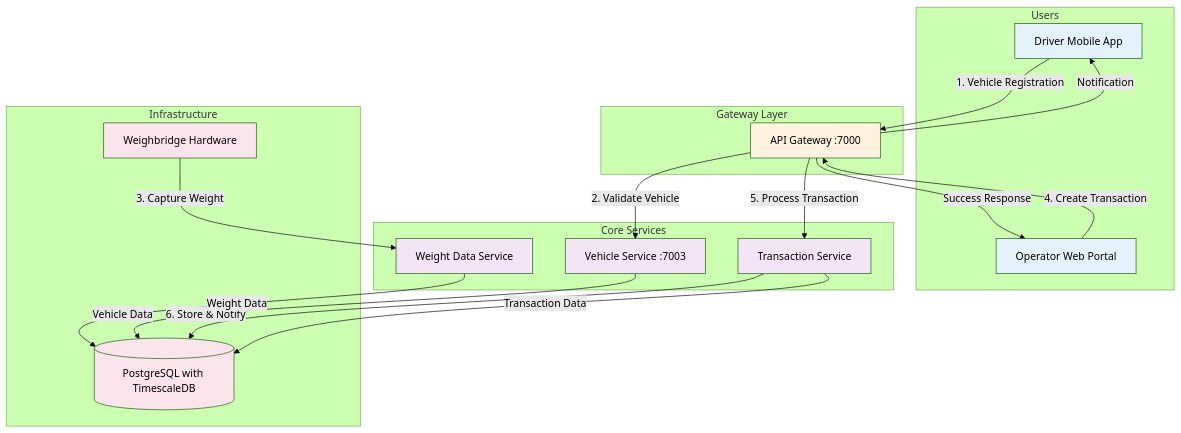
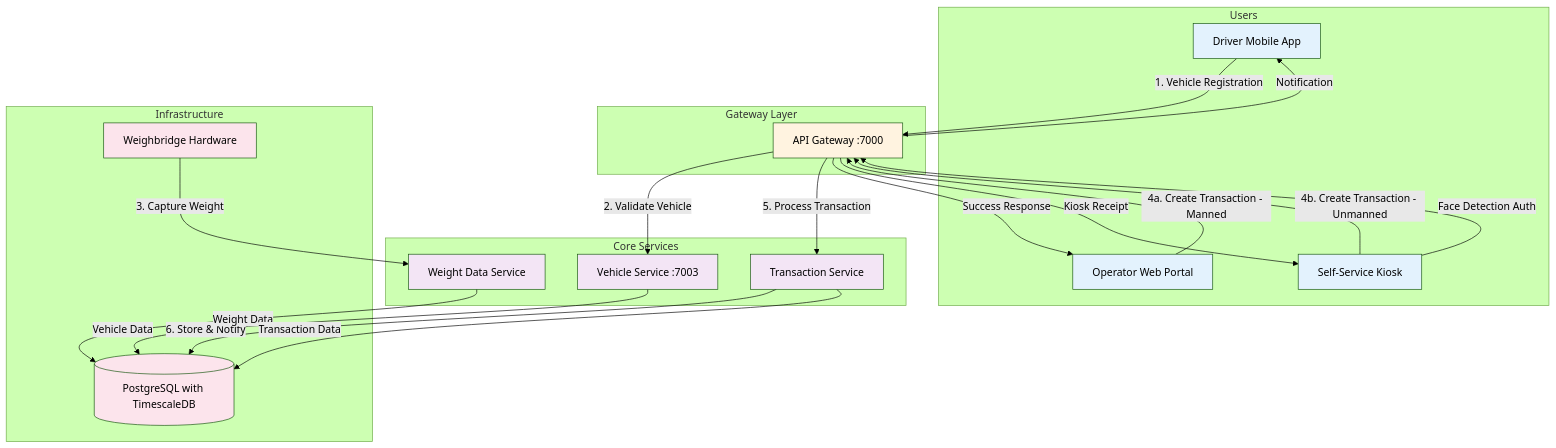
The diagram in docs/c4/complete-weighing-transaction-flow.mmd (Qalitrack/qalitrackservices), drawn with Mermaid (forest theme) before and after one commit. The commit also changed 2 other files, not shown here.

```diff
--- a/docs/c4/complete-weighing-transaction-flow.mmd
+++ b/docs/c4/complete-weighing-transaction-flow.mmd
@@ -1,47 +1,57 @@
 flowchart TD
     subgraph "Users"
         Driver[Driver Mobile App]
         Operator[Operator Web Portal]
+        Kiosk[Self-Service Kiosk]
     end
     
     subgraph "Gateway Layer"
         Gateway[API Gateway :7000]
     end
     
     subgraph "Core Services"
         VehicleSvc[Vehicle Service :7003]
         WeightSvc[Weight Data Service]
         TransactionSvc[Transaction Service]
     end
     
     subgraph "Infrastructure"
         PostgreSQL[(PostgreSQL with TimescaleDB)]
         Hardware[Weighbridge Hardware]
     end
 
-    %% Simplified 6-step flow
+    %% Simplified flow paths
     Driver -->|1. Vehicle Registration| Gateway
     Gateway -->|2. Validate Vehicle| VehicleSvc
     Hardware -->|3. Capture Weight| WeightSvc
-    Operator -->|4. Create Transaction| Gateway
+    
+    %% Manned operations
+    Operator -->|4a. Create Transaction - Manned| Gateway
+    
+    %% Unmanned operations  
+    Kiosk -->|4b. Create Transaction - Unmanned| Gateway
+    Kiosk -->|Face Detection Auth| Gateway
+    
+    %% Common transaction processing
     Gateway -->|5. Process Transaction| TransactionSvc
     TransactionSvc -->|6. Store & Notify| PostgreSQL
     
     %% Data storage
     VehicleSvc -->|Vehicle Data| PostgreSQL
     WeightSvc -->|Weight Data| PostgreSQL
     TransactionSvc -->|Transaction Data| PostgreSQL
     
     %% Responses
     Gateway -->|Success Response| Operator
+    Gateway -->|Kiosk Receipt| Kiosk
     Gateway -->|Notification| Driver
 
     classDef client fill:#e3f2fd
     classDef gateway fill:#fff3e0
     classDef services fill:#f3e5f5
     classDef infrastructure fill:#fce4ec
     
-    class Driver,Operator client
+    class Driver,Operator,Kiosk client
     class Gateway gateway
     class VehicleSvc,WeightSvc,TransactionSvc services
     class PostgreSQL,Hardware infrastructure
```
